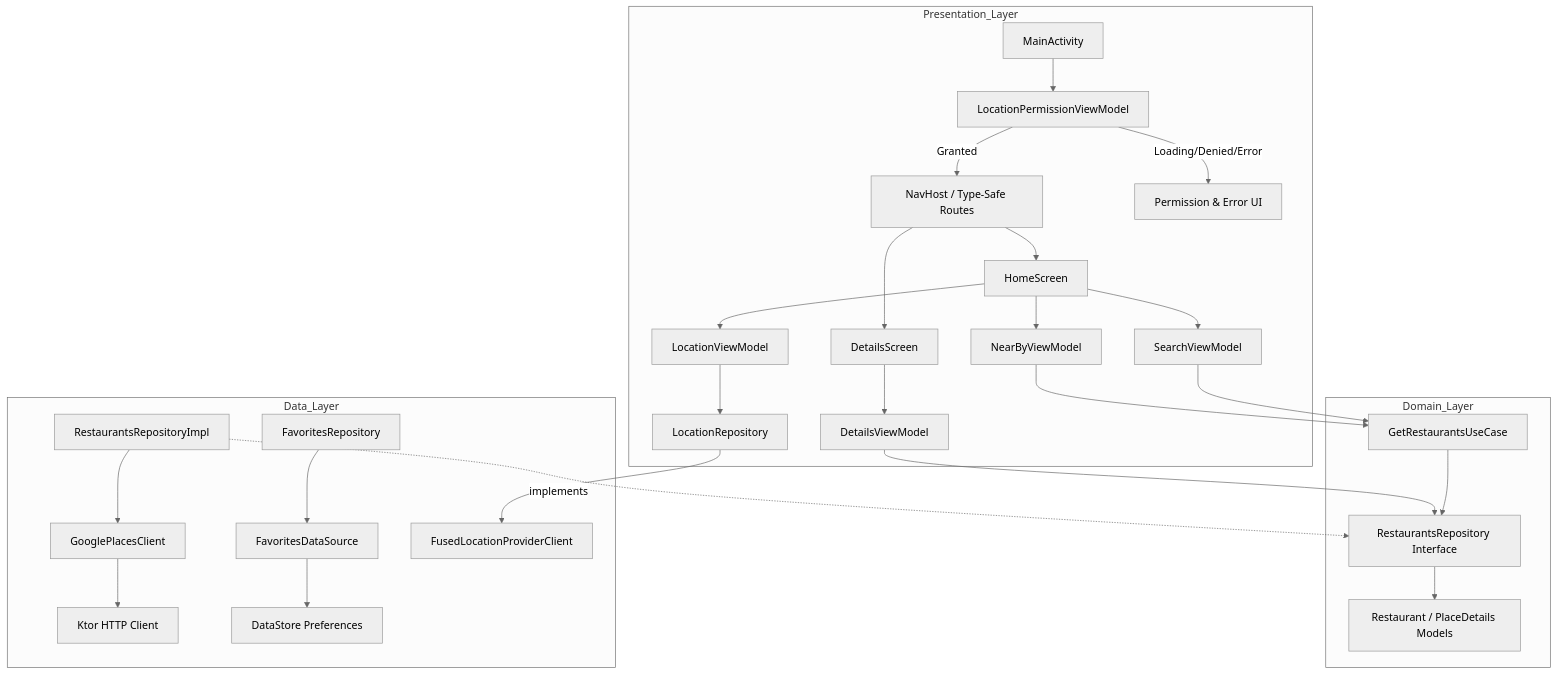
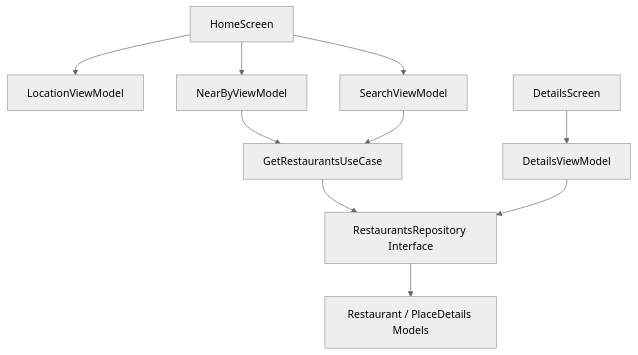
The second of 3 diagrams in README.md (sergenes/restaurantdiscovery), drawn with Mermaid (neutral theme) before and after one commit. The commit also changed other lines of this file, not shown here.

````diff
--- a/README.md
+++ b/README.md
@@ -100,33 +111,12 @@
 ```mermaid
 graph TD
-    subgraph Presentation_Layer
-        MA[MainActivity] --> PVM[LocationPermissionViewModel]
-        PVM -- Granted --> NavHost[NavHost / Type-Safe Routes]
-        PVM -- Loading/Denied/Error --> PermUI[Permission & Error UI]
-        NavHost --> HS[HomeScreen]
-        NavHost --> DS[DetailsScreen]
-        HS --> LVM[LocationViewModel]
-        HS --> VM1[NearByViewModel]
-        HS --> VM2[SearchViewModel]
-        DS --> VM3[DetailsViewModel]
-        LVM --> LR[LocationRepository]
-    end
+    HS[HomeScreen] --> LVM[LocationViewModel]
+    HS --> VM1[NearByViewModel]
+    HS --> VM2[SearchViewModel]
+    DS[DetailsScreen] --> VM3[DetailsViewModel]
 
-    subgraph Domain_Layer
-        VM1 & VM2 --> UC[GetRestaurantsUseCase]
-        VM3 --> Repo
-        UC --> Repo[RestaurantsRepository Interface]
-        Repo --> Model[Restaurant / PlaceDetails Models]
-    end
-
-    subgraph Data_Layer
-        RepoImpl[RestaurantsRepositoryImpl] -. implements .-> Repo
-        RepoImpl --> GPC[GooglePlacesClient]
-        GPC --> Ktor[Ktor HTTP Client]
-
-        FavRepo[FavoritesRepository] --> FDS[FavoritesDataSource]
-        FDS --> DS_Prefs[DataStore Preferences]
-
-        LR --> FLP[FusedLocationProviderClient]
-    end
+    VM1 & VM2 --> UC[GetRestaurantsUseCase]
+    UC --> Repo[RestaurantsRepository Interface]
+    VM3 --> Repo
+    Repo --> Model[Restaurant / PlaceDetails Models]
 ```
````
